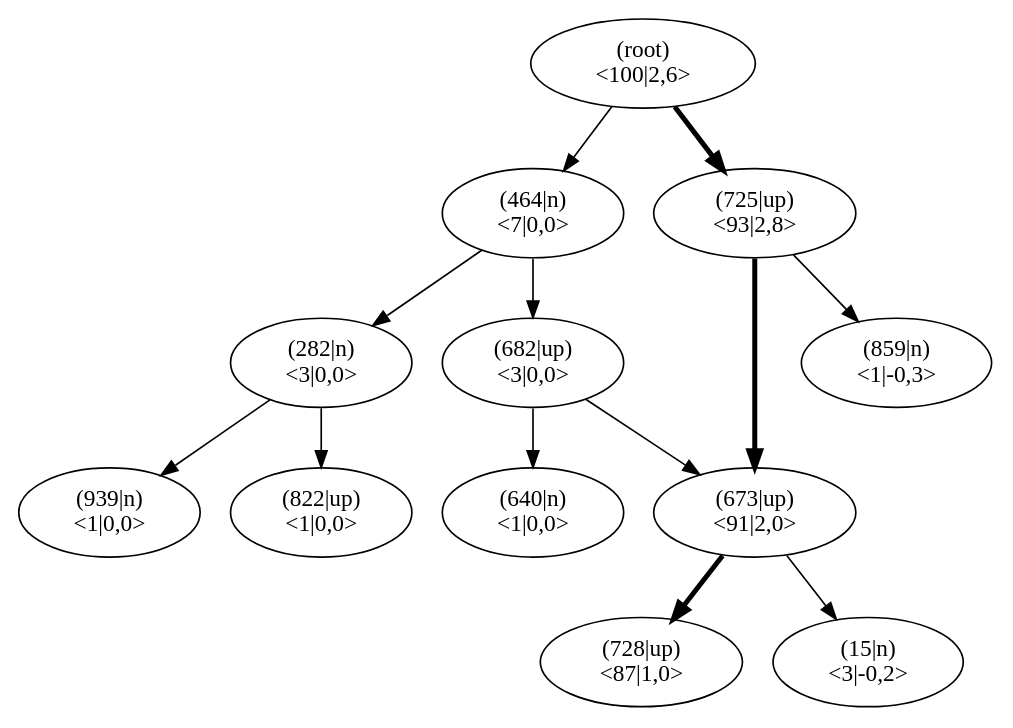
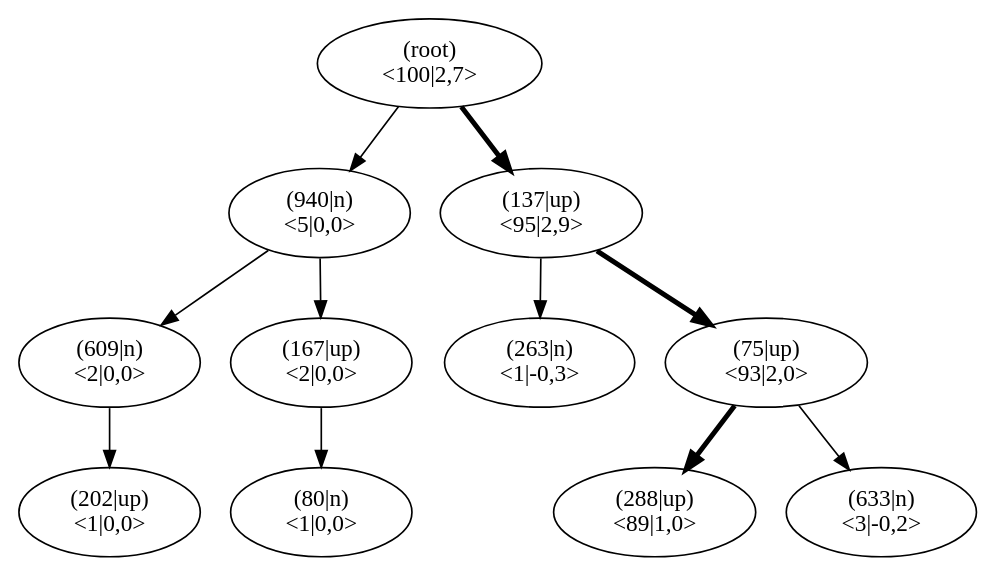
One commit to JonasHellgren/relexp-java changed the diagram in pictures/ch13/jumper_test_mcts.dot. Above: the diagram before and after it, drawn with Graphviz. The commit also changed 4 other files, not shown here.

```diff
--- a/pictures/ch13/jumper_test_mcts.dot
+++ b/pictures/ch13/jumper_test_mcts.dot
@@ -1,41 +1,35 @@
 digraph MCTS {
 node [shape=ellipse];
 Nroot [label="(root)
-<100|2,6>"];
-Nroot -> N464[penwidth=1];
-N464 [label="(464|n)
-<7|0,0>"];
-N464 -> N682[penwidth=1];
-N682 [label="(682|up)
-<3|0,0>"];
-N682 -> N673[penwidth=1];
-N673 [label="(673|up)
+<100|2,7>"];
+Nroot -> N940[penwidth=1];
+N940 [label="(940|n)
+<5|0,0>"];
+N940 -> N609[penwidth=1];
+N609 [label="(609|n)
+<2|0,0>"];
+N609 -> N202[penwidth=1];
+N202 [label="(202|up)
 <1|0,0>"];
-N682 -> N640[penwidth=1];
-N640 [label="(640|n)
+N940 -> N167[penwidth=1];
+N167 [label="(167|up)
+<2|0,0>"];
+N167 -> N80[penwidth=1];
+N80 [label="(80|n)
 <1|0,0>"];
-N464 -> N282[penwidth=1];
-N282 [label="(282|n)
-<3|0,0>"];
-N282 -> N939[penwidth=1];
-N939 [label="(939|n)
-<1|0,0>"];
-N282 -> N822[penwidth=1];
-N822 [label="(822|up)
-<1|0,0>"];
-Nroot -> N725[penwidth=3];
-N725 [label="(725|up)
-<93|2,8>"];
-N725 -> N859[penwidth=1];
-N859 [label="(859|n)
+Nroot -> N137[penwidth=3];
+N137 [label="(137|up)
+<95|2,9>"];
+N137 -> N263[penwidth=1];
+N263 [label="(263|n)
 <1|-0,3>"];
-N725 -> N673[penwidth=3];
-N673 [label="(673|up)
-<91|2,0>"];
-N673 -> N728[penwidth=3];
-N728 [label="(728|up)
-<87|1,0>"];
-N673 -> N15[penwidth=1];
-N15 [label="(15|n)
+N137 -> N75[penwidth=3];
+N75 [label="(75|up)
+<93|2,0>"];
+N75 -> N288[penwidth=3];
+N288 [label="(288|up)
+<89|1,0>"];
+N75 -> N633[penwidth=1];
+N633 [label="(633|n)
 <3|-0,2>"];
 }
```
